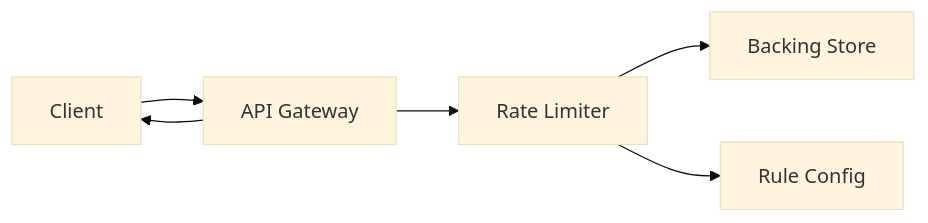
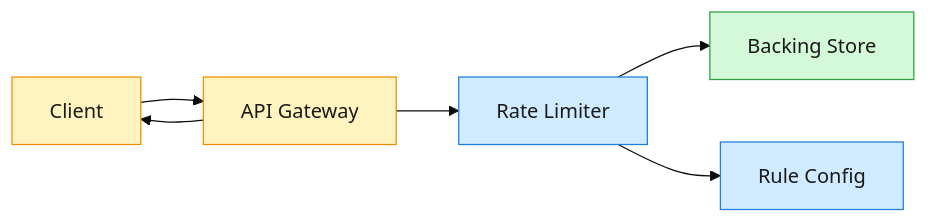
One commit to iliazlobin/iliazlobin.github.io changed the first of 2 diagrams in _posts/2026-07-01-system-design-rate-limiter.md. Above: the diagram before and after it, drawn with Mermaid (base theme). The commit also changed other lines of this file and 45 other files, not shown here.

First line of the commit message:
Republish all posts from Notion: fix mermaid errors, drop §7 Trade-offs (#88)

````diff
--- a/_posts/2026-07-01-system-design-rate-limiter.md
+++ b/_posts/2026-07-01-system-design-rate-limiter.md
@@ -18,13 +18,20 @@
 ```mermaid
 graph LR
     Client["Client"]
     Gateway["API Gateway"]
     Limiter["Rate Limiter"]
     Store["Backing Store"]
     Config["Rule Config"]
     Client --> Gateway
     Gateway --> Limiter
     Limiter --> Store
     Limiter --> Config
     Gateway --> Client
+
+    classDef edge fill:#fff3bf,stroke:#f08c00,color:#1a1a1a
+    classDef svc fill:#d0ebff,stroke:#1c7ed6,color:#1a1a1a
+    classDef store fill:#d3f9d8,stroke:#2f9e44,color:#1a1a1a
+    class Client,Gateway edge
+    class Limiter,Config svc
+    class Store store
 ```
````
